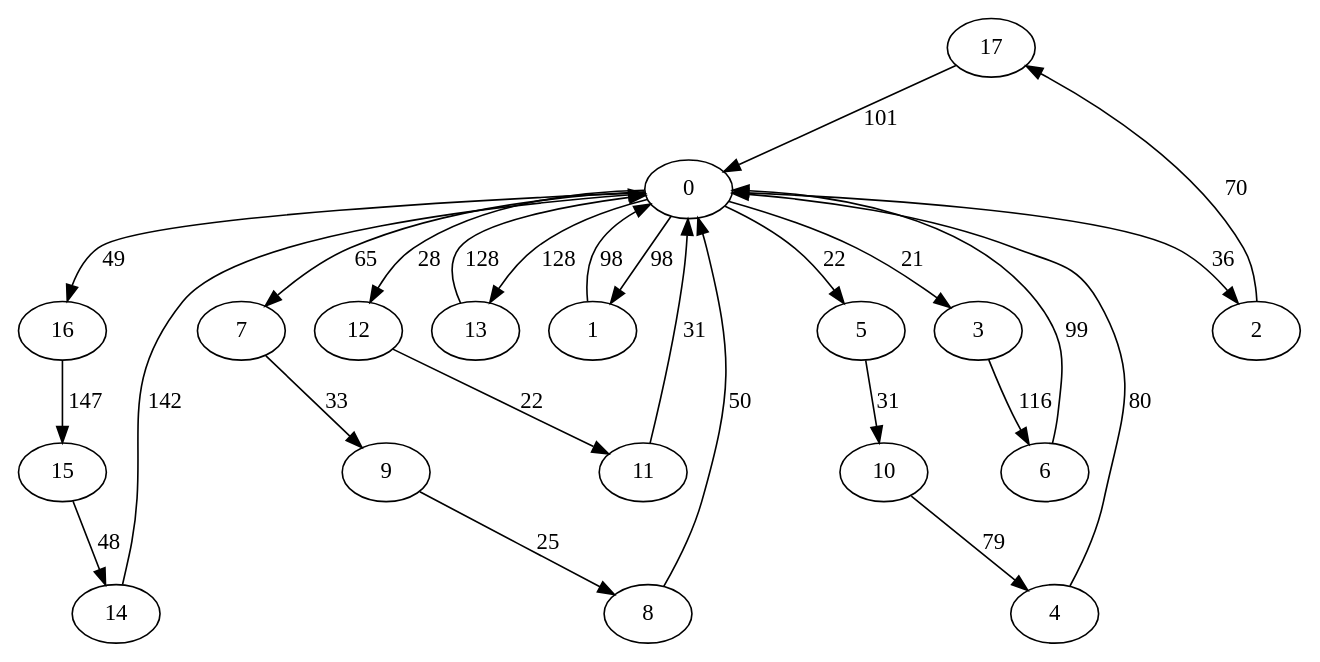
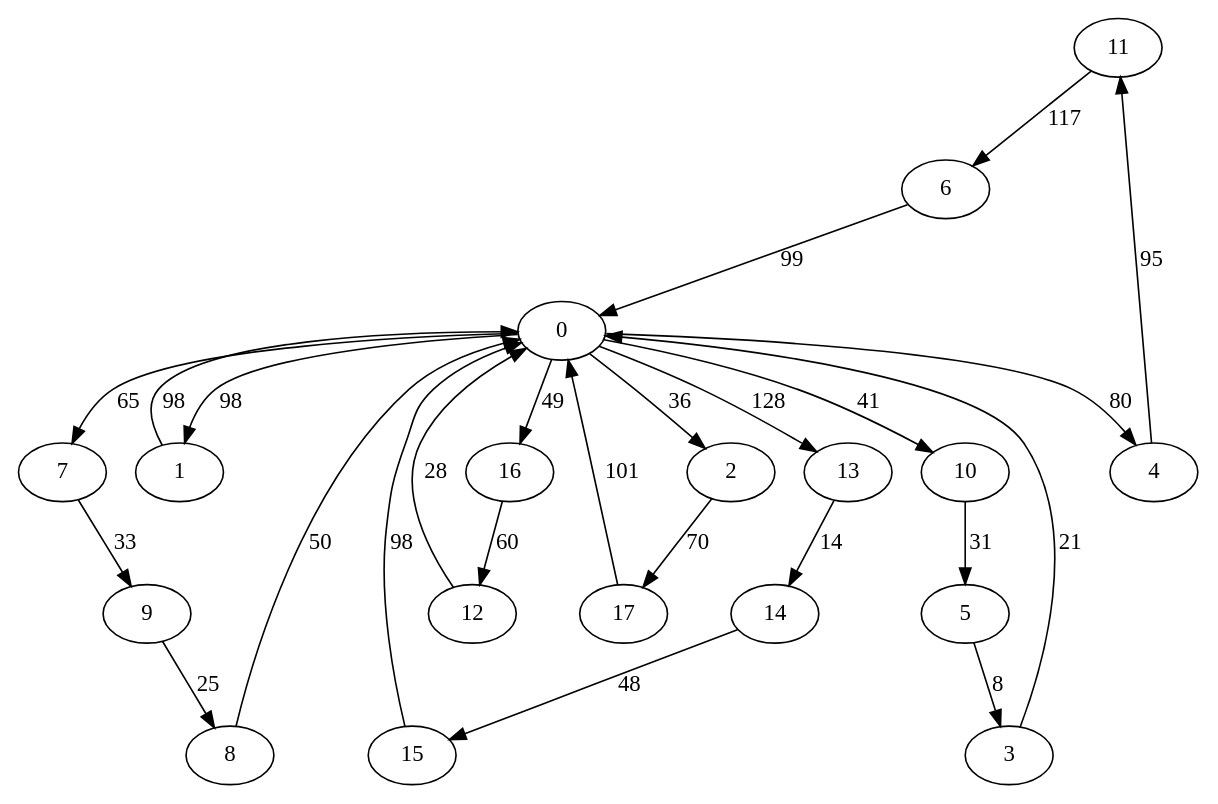
One commit to akosej/vehicle_routing changed the diagram in grafos/iteration10.dot. Above: the diagram before and after it, drawn with Graphviz. The commit also changed 9 other files, not shown here.

```diff
--- a/grafos/iteration10.dot
+++ b/grafos/iteration10.dot
@@ -1,46 +1,45 @@
 digraph G {
+	11->6[ label=117 ];
+	12->0[ label=28 ];
+	0->16[ label=49 ];
+	0->1[ label=98 ];
+	0->7[ label=65 ];
+	0->2[ label=36 ];
+	0->10[ label=41 ];
+	0->4[ label=80 ];
+	0->13[ label=128 ];
+	9->8[ label=25 ];
+	8->0[ label=50 ];
+	4->11[ label=95 ];
+	13->14[ label=14 ];
+	14->15[ label=48 ];
+	16->12[ label=60 ];
+	1->0[ label=98 ];
+	10->5[ label=31 ];
+	5->3[ label=8 ];
+	6->0[ label=99 ];
+	15->0[ label=98 ];
+	7->9[ label=33 ];
+	2->17[ label=70 ];
 	17->0[ label=101 ];
-	15->14[ label=48 ];
-	14->0[ label=142 ];
-	4->0[ label=80 ];
-	11->0[ label=31 ];
-	0->3[ label=21 ];
-	0->12[ label=28 ];
-	0->2[ label=36 ];
-	0->7[ label=65 ];
-	0->16[ label=49 ];
-	0->5[ label=22 ];
-	0->13[ label=128 ];
-	0->1[ label=98 ];
-	10->4[ label=79 ];
-	1->0[ label=98 ];
-	3->6[ label=116 ];
-	8->0[ label=50 ];
-	13->0[ label=128 ];
-	12->11[ label=22 ];
-	6->0[ label=99 ];
-	2->17[ label=70 ];
-	7->9[ label=33 ];
-	9->8[ label=25 ];
-	16->15[ label=147 ];
-	5->10[ label=31 ];
+	3->0[ label=21 ];
 	0 [ label=0 ];
 	1 [ label=1 ];
 	10 [ label=10 ];
 	11 [ label=11 ];
 	12 [ label=12 ];
 	13 [ label=13 ];
 	14 [ label=14 ];
 	15 [ label=15 ];
 	16 [ label=16 ];
 	17 [ label=17 ];
 	2 [ label=2 ];
 	3 [ label=3 ];
 	4 [ label=4 ];
 	5 [ label=5 ];
 	6 [ label=6 ];
 	7 [ label=7 ];
 	8 [ label=8 ];
 	9 [ label=9 ];
 
 }
```
